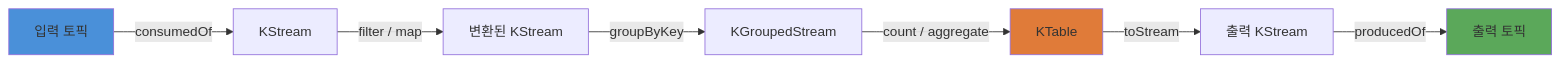
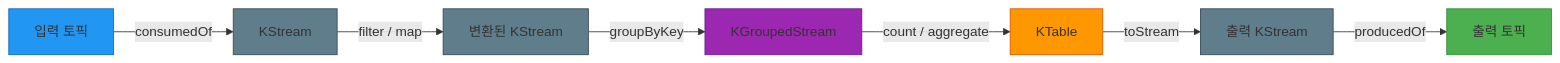
One commit to bluetape4k/bluetape4k-projects changed the third of 3 diagrams in infra/kafka/README.md. Above: the diagram before and after it, drawn with Mermaid. The commit also changed other lines of this file and 28 other files, not shown here.

First line of the commit message:
docs: 전체 모듈 README 색상 Mermaid UML 다이어그램 추가 완료

````diff
--- a/infra/kafka/README.md
+++ b/infra/kafka/README.md
@@ -429,13 +436,17 @@
 ```mermaid
 flowchart LR
     IT[입력 토픽] -->|consumedOf| KS[KStream]
     KS -->|filter / map| KS2[변환된 KStream]
     KS2 -->|groupByKey| KG[KGroupedStream]
     KG -->|count / aggregate| KT[KTable]
     KT -->|toStream| OS[출력 KStream]
     OS -->|producedOf| OT[출력 토픽]
 
-    style IT fill:#4a90d9
-    style OT fill:#5ba85a
-    style KT fill:#e07b39
+    style IT fill:#2196F3,stroke:#1565C0
+    style OT fill:#4CAF50,stroke:#388E3C
+    style KT fill:#FF9800,stroke:#E65100
+    style KS fill:#607D8B,stroke:#37474F
+    style KS2 fill:#607D8B,stroke:#37474F
+    style KG fill:#9C27B0,stroke:#6A1B9A
+    style OS fill:#607D8B,stroke:#37474F
 ```
````
